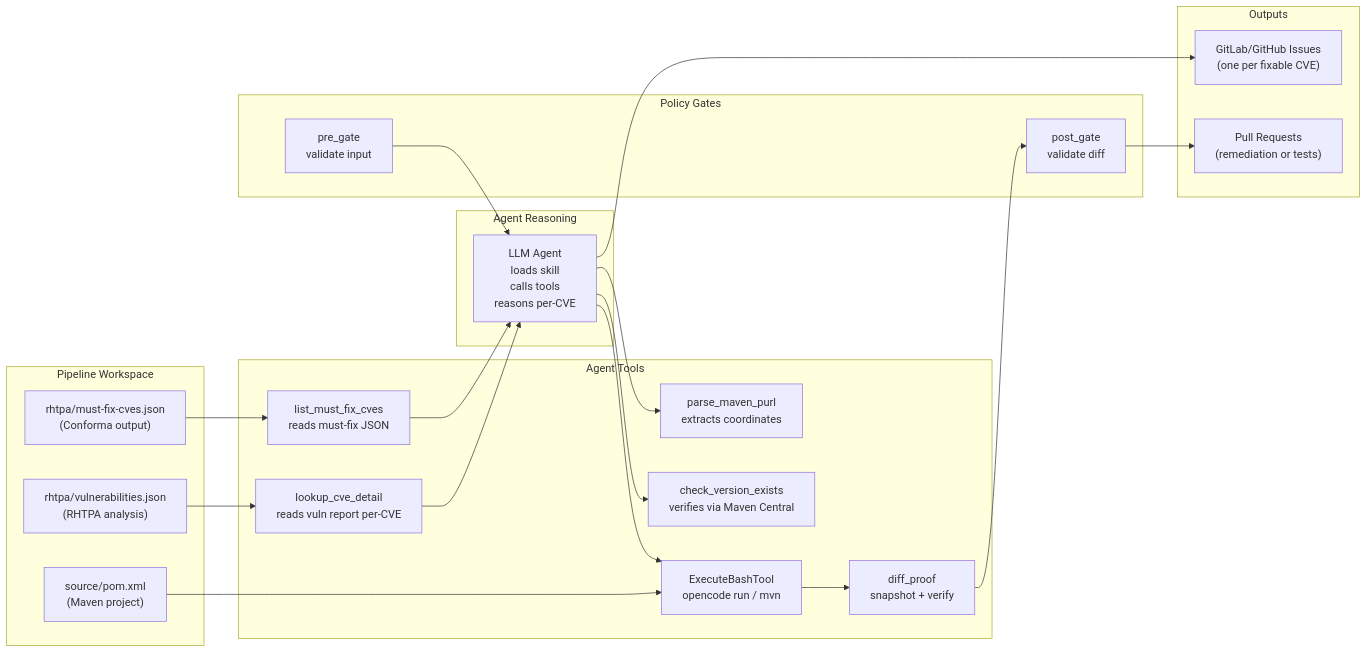
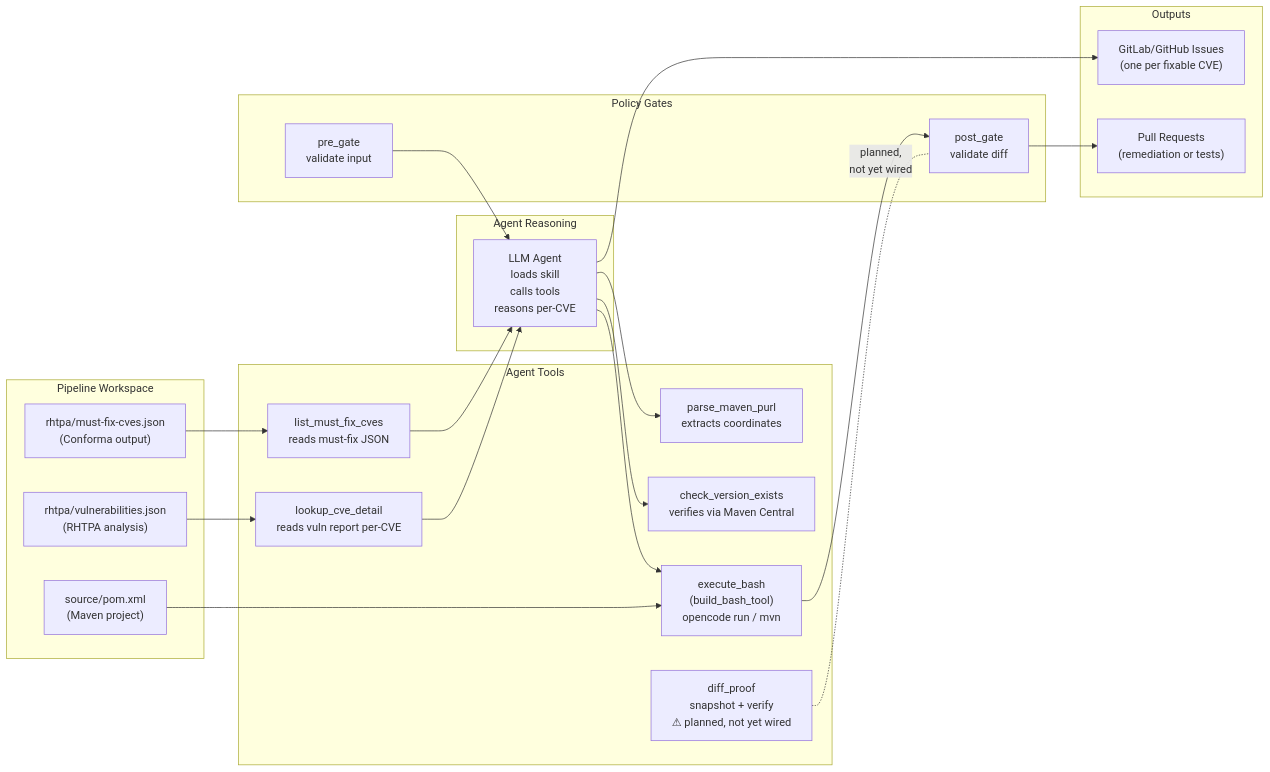
One commit to rrbanda/lw-agents changed the eighth of 13 diagrams in docs/architecture.md. Above: the diagram before and after it, drawn with Mermaid. The commit also changed other lines of this file and 24 other files, not shown here.

First line of the commit message:
Add interactive slide deck for agentic CVE remediation architecture

````diff
--- a/docs/architecture.md
+++ b/docs/architecture.md
@@ -240,42 +264,43 @@
 ```mermaid
 flowchart LR
     subgraph workspace [Pipeline Workspace]
         mustFix["rhtpa/must-fix-cves.json\n(Conforma output)"]
         vulnReport["rhtpa/vulnerabilities.json\n(RHTPA analysis)"]
         pomXml["source/pom.xml\n(Maven project)"]
     end
 
     subgraph tools [Agent Tools]
         listTool["list_must_fix_cves\nreads must-fix JSON"]
         lookupTool["lookup_cve_detail\nreads vuln report per-CVE"]
         parseTool["parse_maven_purl\nextracts coordinates"]
         checkTool["check_version_exists\nverifies via Maven Central"]
-        bashTool["ExecuteBashTool\nopencode run / mvn"]
-        diffTool["diff_proof\nsnapshot + verify"]
+        bashTool["execute_bash\n(build_bash_tool)\nopencode run / mvn"]
+        diffTool["diff_proof\nsnapshot + verify\n⚠ planned, not yet wired"]
     end
 
     subgraph agent [Agent Reasoning]
         reason["LLM Agent\nloads skill\ncalls tools\nreasons per-CVE"]
     end
 
     subgraph gates [Policy Gates]
         preGate["pre_gate\nvalidate input"]
         postGate["post_gate\nvalidate diff"]
     end
 
     subgraph outputs [Outputs]
         issues["GitLab/GitHub Issues\n(one per fixable CVE)"]
         prs["Pull Requests\n(remediation or tests)"]
     end
 
     mustFix --> listTool --> reason
     vulnReport --> lookupTool --> reason
     reason --> parseTool
     reason --> checkTool
     preGate --> reason
     reason --> bashTool
     pomXml --> bashTool
-    bashTool --> diffTool --> postGate
+    bashTool --> postGate
+    diffTool -.-|"planned,\nnot yet wired"| postGate
     reason --> issues
     postGate --> prs
 ```
````
